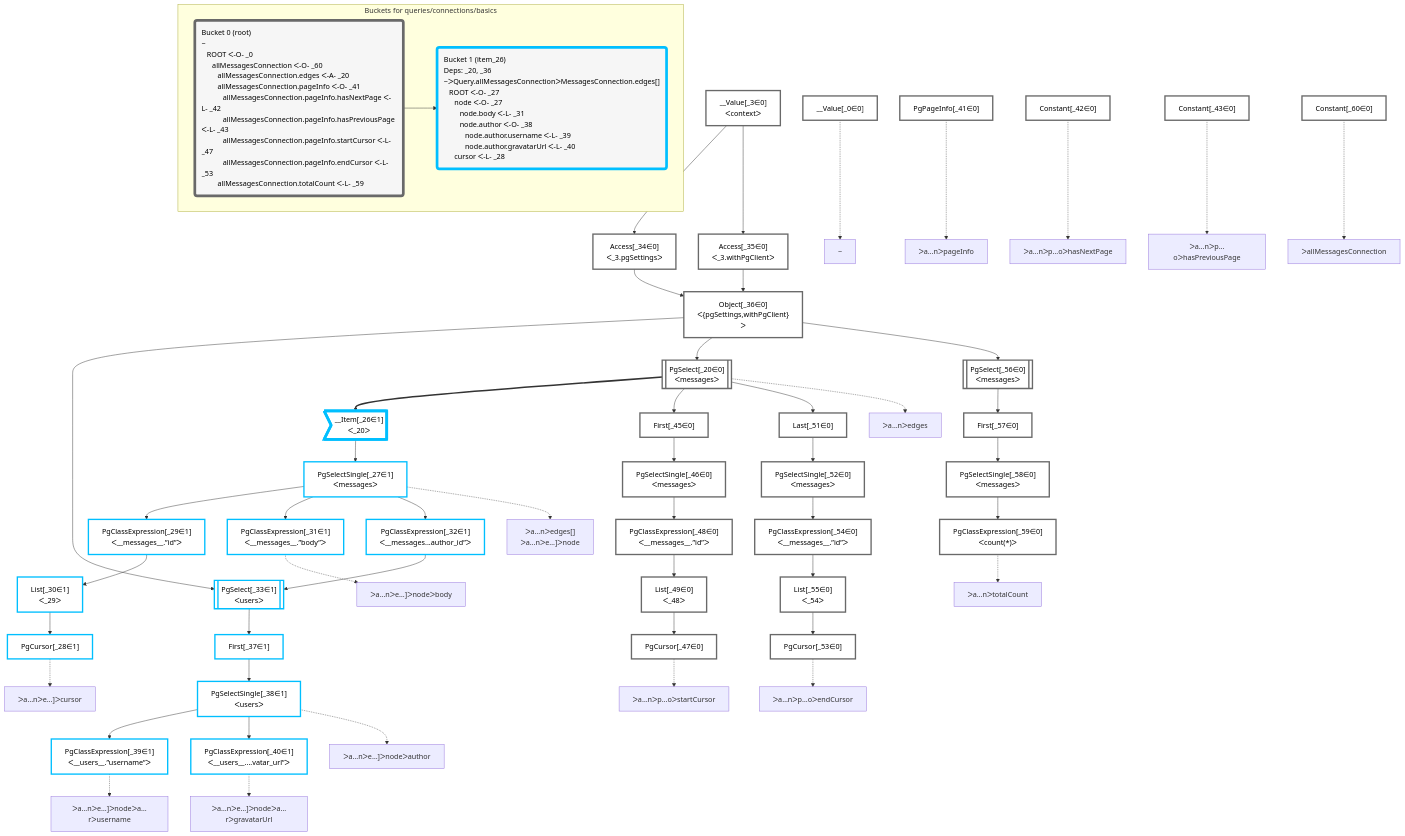
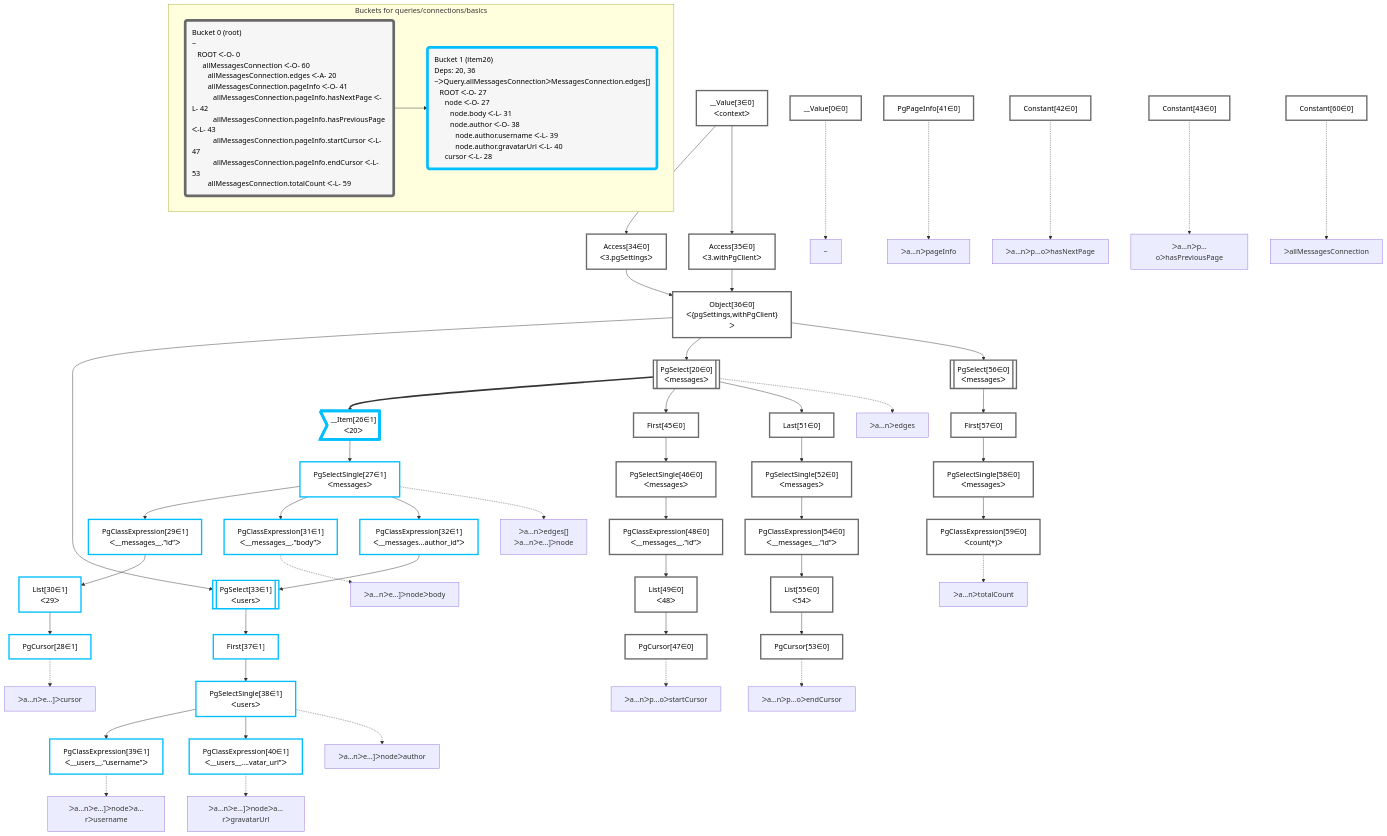
One commit to graphile/crystal changed the diagram in packages/dataplan-pg/__tests__/queries/connections/basics.deopt.mermaid.md. Above: the diagram before and after it, drawn with Mermaid. The commit also changed 195 other files, not shown here.

````diff
--- a/packages/dataplan-pg/__tests__/queries/connections/basics.deopt.mermaid.md
+++ b/packages/dataplan-pg/__tests__/queries/connections/basics.deopt.mermaid.md
@@ -8,114 +8,114 @@
 
 
     %% define plans
-    __Value_0["__Value[_0∈0]"]:::plan
-    PgCursor_28["PgCursor[_28∈1]"]:::plan
-    List_30["List[_30∈1]<br />ᐸ_29ᐳ"]:::plan
-    PgClassExpression_29["PgClassExpression[_29∈1]<br />ᐸ__messages__.”id”ᐳ"]:::plan
-    PgClassExpression_31["PgClassExpression[_31∈1]<br />ᐸ__messages__.”body”ᐳ"]:::plan
-    PgClassExpression_39["PgClassExpression[_39∈1]<br />ᐸ__users__.”username”ᐳ"]:::plan
-    PgClassExpression_40["PgClassExpression[_40∈1]<br />ᐸ__users__....vatar_url”ᐳ"]:::plan
-    PgSelectSingle_38["PgSelectSingle[_38∈1]<br />ᐸusersᐳ"]:::plan
-    First_37["First[_37∈1]"]:::plan
-    PgSelect_33[["PgSelect[_33∈1]<br />ᐸusersᐳ"]]:::plan
-    PgClassExpression_32["PgClassExpression[_32∈1]<br />ᐸ__messages...author_id”ᐳ"]:::plan
-    PgSelectSingle_27["PgSelectSingle[_27∈1]<br />ᐸmessagesᐳ"]:::plan
-    __Item_26>"__Item[_26∈1]<br />ᐸ_20ᐳ"]:::itemplan
-    PgCursor_47["PgCursor[_47∈0]"]:::plan
-    List_49["List[_49∈0]<br />ᐸ_48ᐳ"]:::plan
-    PgClassExpression_48["PgClassExpression[_48∈0]<br />ᐸ__messages__.”id”ᐳ"]:::plan
-    PgSelectSingle_46["PgSelectSingle[_46∈0]<br />ᐸmessagesᐳ"]:::plan
-    First_45["First[_45∈0]"]:::plan
-    PgCursor_53["PgCursor[_53∈0]"]:::plan
-    List_55["List[_55∈0]<br />ᐸ_54ᐳ"]:::plan
-    PgClassExpression_54["PgClassExpression[_54∈0]<br />ᐸ__messages__.”id”ᐳ"]:::plan
-    PgSelectSingle_52["PgSelectSingle[_52∈0]<br />ᐸmessagesᐳ"]:::plan
-    Last_51["Last[_51∈0]"]:::plan
-    PgSelect_20[["PgSelect[_20∈0]<br />ᐸmessagesᐳ"]]:::plan
-    PgClassExpression_59["PgClassExpression[_59∈0]<br />ᐸcount(*)ᐳ"]:::plan
-    PgSelectSingle_58["PgSelectSingle[_58∈0]<br />ᐸmessagesᐳ"]:::plan
-    First_57["First[_57∈0]"]:::plan
-    PgSelect_56[["PgSelect[_56∈0]<br />ᐸmessagesᐳ"]]:::plan
-    Object_36["Object[_36∈0]<br />ᐸ{pgSettings,withPgClient}ᐳ"]:::plan
-    Access_34["Access[_34∈0]<br />ᐸ_3.pgSettingsᐳ"]:::plan
-    Access_35["Access[_35∈0]<br />ᐸ_3.withPgClientᐳ"]:::plan
-    __Value_3["__Value[_3∈0]<br />ᐸcontextᐳ"]:::plan
-    Constant_60["Constant[_60∈0]"]:::plan
-    PgPageInfo_41["PgPageInfo[_41∈0]"]:::plan
-    Constant_42["Constant[_42∈0]"]:::plan
-    Constant_43["Constant[_43∈0]"]:::plan
+    __Value0["__Value[0∈0]"]:::plan
+    PgCursor28["PgCursor[28∈1]"]:::plan
+    List30["List[30∈1]<br />ᐸ29ᐳ"]:::plan
+    PgClassExpression29["PgClassExpression[29∈1]<br />ᐸ__messages__.”id”ᐳ"]:::plan
+    PgClassExpression31["PgClassExpression[31∈1]<br />ᐸ__messages__.”body”ᐳ"]:::plan
+    PgClassExpression39["PgClassExpression[39∈1]<br />ᐸ__users__.”username”ᐳ"]:::plan
+    PgClassExpression40["PgClassExpression[40∈1]<br />ᐸ__users__....vatar_url”ᐳ"]:::plan
+    PgSelectSingle38["PgSelectSingle[38∈1]<br />ᐸusersᐳ"]:::plan
+    First37["First[37∈1]"]:::plan
+    PgSelect33[["PgSelect[33∈1]<br />ᐸusersᐳ"]]:::plan
+    PgClassExpression32["PgClassExpression[32∈1]<br />ᐸ__messages...author_id”ᐳ"]:::plan
+    PgSelectSingle27["PgSelectSingle[27∈1]<br />ᐸmessagesᐳ"]:::plan
+    __Item26>"__Item[26∈1]<br />ᐸ20ᐳ"]:::itemplan
+    PgCursor47["PgCursor[47∈0]"]:::plan
+    List49["List[49∈0]<br />ᐸ48ᐳ"]:::plan
+    PgClassExpression48["PgClassExpression[48∈0]<br />ᐸ__messages__.”id”ᐳ"]:::plan
+    PgSelectSingle46["PgSelectSingle[46∈0]<br />ᐸmessagesᐳ"]:::plan
+    First45["First[45∈0]"]:::plan
+    PgCursor53["PgCursor[53∈0]"]:::plan
+    List55["List[55∈0]<br />ᐸ54ᐳ"]:::plan
+    PgClassExpression54["PgClassExpression[54∈0]<br />ᐸ__messages__.”id”ᐳ"]:::plan
+    PgSelectSingle52["PgSelectSingle[52∈0]<br />ᐸmessagesᐳ"]:::plan
+    Last51["Last[51∈0]"]:::plan
+    PgSelect20[["PgSelect[20∈0]<br />ᐸmessagesᐳ"]]:::plan
+    PgClassExpression59["PgClassExpression[59∈0]<br />ᐸcount(*)ᐳ"]:::plan
+    PgSelectSingle58["PgSelectSingle[58∈0]<br />ᐸmessagesᐳ"]:::plan
+    First57["First[57∈0]"]:::plan
+    PgSelect56[["PgSelect[56∈0]<br />ᐸmessagesᐳ"]]:::plan
+    Object36["Object[36∈0]<br />ᐸ{pgSettings,withPgClient}ᐳ"]:::plan
+    Access34["Access[34∈0]<br />ᐸ3.pgSettingsᐳ"]:::plan
+    Access35["Access[35∈0]<br />ᐸ3.withPgClientᐳ"]:::plan
+    __Value3["__Value[3∈0]<br />ᐸcontextᐳ"]:::plan
+    Constant60["Constant[60∈0]"]:::plan
+    PgPageInfo41["PgPageInfo[41∈0]"]:::plan
+    Constant42["Constant[42∈0]"]:::plan
+    Constant43["Constant[43∈0]"]:::plan
 
     %% plan dependencies
-    List_30 --> PgCursor_28
-    PgClassExpression_29 --> List_30
-    PgSelectSingle_27 --> PgClassExpression_29
-    PgSelectSingle_27 --> PgClassExpression_31
-    PgSelectSingle_38 --> PgClassExpression_39
-    PgSelectSingle_38 --> PgClassExpression_40
-    First_37 --> PgSelectSingle_38
-    PgSelect_33 --> First_37
-    Object_36 & PgClassExpression_32 --> PgSelect_33
-    PgSelectSingle_27 --> PgClassExpression_32
-    __Item_26 --> PgSelectSingle_27
-    PgSelect_20 ==> __Item_26
-    List_49 --> PgCursor_47
-    PgClassExpression_48 --> List_49
-    PgSelectSingle_46 --> PgClassExpression_48
-    First_45 --> PgSelectSingle_46
-    PgSelect_20 --> First_45
-    List_55 --> PgCursor_53
-    PgClassExpression_54 --> List_55
-    PgSelectSingle_52 --> PgClassExpression_54
-    Last_51 --> PgSelectSingle_52
-    PgSelect_20 --> Last_51
-    Object_36 --> PgSelect_20
-    PgSelectSingle_58 --> PgClassExpression_59
-    First_57 --> PgSelectSingle_58
-    PgSelect_56 --> First_57
-    Object_36 --> PgSelect_56
-    Access_34 & Access_35 --> Object_36
-    __Value_3 --> Access_34
-    __Value_3 --> Access_35
+    List30 --> PgCursor28
+    PgClassExpression29 --> List30
+    PgSelectSingle27 --> PgClassExpression29
+    PgSelectSingle27 --> PgClassExpression31
+    PgSelectSingle38 --> PgClassExpression39
+    PgSelectSingle38 --> PgClassExpression40
+    First37 --> PgSelectSingle38
+    PgSelect33 --> First37
+    Object36 & PgClassExpression32 --> PgSelect33
+    PgSelectSingle27 --> PgClassExpression32
+    __Item26 --> PgSelectSingle27
+    PgSelect20 ==> __Item26
+    List49 --> PgCursor47
+    PgClassExpression48 --> List49
+    PgSelectSingle46 --> PgClassExpression48
+    First45 --> PgSelectSingle46
+    PgSelect20 --> First45
+    List55 --> PgCursor53
+    PgClassExpression54 --> List55
+    PgSelectSingle52 --> PgClassExpression54
+    Last51 --> PgSelectSingle52
+    PgSelect20 --> Last51
+    Object36 --> PgSelect20
+    PgSelectSingle58 --> PgClassExpression59
+    First57 --> PgSelectSingle58
+    PgSelect56 --> First57
+    Object36 --> PgSelect56
+    Access34 & Access35 --> Object36
+    __Value3 --> Access34
+    __Value3 --> Access35
 
     %% plan-to-path relationships
-    P_0["~"]
-    __Value_0 -.-> P_0
-    P_20["ᐳa…nᐳedges"]
-    PgSelect_20 -.-> P_20
-    P_27["ᐳa…nᐳedges[]<br />ᐳa…nᐳe…]ᐳnode"]
-    PgSelectSingle_27 -.-> P_27
-    P_28["ᐳa…nᐳe…]ᐳcursor"]
-    PgCursor_28 -.-> P_28
-    P_31["ᐳa…nᐳe…]ᐳnodeᐳbody"]
-    PgClassExpression_31 -.-> P_31
-    P_38["ᐳa…nᐳe…]ᐳnodeᐳauthor"]
-    PgSelectSingle_38 -.-> P_38
-    P_39["ᐳa…nᐳe…]ᐳnodeᐳa…rᐳusername"]
-    PgClassExpression_39 -.-> P_39
-    P_40["ᐳa…nᐳe…]ᐳnodeᐳa…rᐳgravatarUrl"]
-    PgClassExpression_40 -.-> P_40
-    P_41["ᐳa…nᐳpageInfo"]
-    PgPageInfo_41 -.-> P_41
-    P_42["ᐳa…nᐳp…oᐳhasNextPage"]
-    Constant_42 -.-> P_42
-    P_43["ᐳa…nᐳp…oᐳhasPreviousPage"]
-    Constant_43 -.-> P_43
-    P_47["ᐳa…nᐳp…oᐳstartCursor"]
-    PgCursor_47 -.-> P_47
-    P_53["ᐳa…nᐳp…oᐳendCursor"]
-    PgCursor_53 -.-> P_53
-    P_59["ᐳa…nᐳtotalCount"]
-    PgClassExpression_59 -.-> P_59
-    P_60["ᐳallMessagesConnection"]
-    Constant_60 -.-> P_60
+    P0["~"]
+    __Value0 -.-> P0
+    P20["ᐳa…nᐳedges"]
+    PgSelect20 -.-> P20
+    P27["ᐳa…nᐳedges[]<br />ᐳa…nᐳe…]ᐳnode"]
+    PgSelectSingle27 -.-> P27
+    P28["ᐳa…nᐳe…]ᐳcursor"]
+    PgCursor28 -.-> P28
+    P31["ᐳa…nᐳe…]ᐳnodeᐳbody"]
+    PgClassExpression31 -.-> P31
+    P38["ᐳa…nᐳe…]ᐳnodeᐳauthor"]
+    PgSelectSingle38 -.-> P38
+    P39["ᐳa…nᐳe…]ᐳnodeᐳa…rᐳusername"]
+    PgClassExpression39 -.-> P39
+    P40["ᐳa…nᐳe…]ᐳnodeᐳa…rᐳgravatarUrl"]
+    PgClassExpression40 -.-> P40
+    P41["ᐳa…nᐳpageInfo"]
+    PgPageInfo41 -.-> P41
+    P42["ᐳa…nᐳp…oᐳhasNextPage"]
+    Constant42 -.-> P42
+    P43["ᐳa…nᐳp…oᐳhasPreviousPage"]
+    Constant43 -.-> P43
+    P47["ᐳa…nᐳp…oᐳstartCursor"]
+    PgCursor47 -.-> P47
+    P53["ᐳa…nᐳp…oᐳendCursor"]
+    PgCursor53 -.-> P53
+    P59["ᐳa…nᐳtotalCount"]
+    PgClassExpression59 -.-> P59
+    P60["ᐳallMessagesConnection"]
+    Constant60 -.-> P60
 
     subgraph "Buckets for queries/connections/basics"
-    Bucket0("Bucket 0 (root)<br />~<br />⠀ROOT ᐸ-O- _0<br />⠀⠀allMessagesConnection ᐸ-O- _60<br />⠀⠀⠀allMessagesConnection.edges ᐸ-A- _20<br />⠀⠀⠀allMessagesConnection.pageInfo ᐸ-O- _41<br />⠀⠀⠀⠀allMessagesConnection.pageInfo.hasNextPage ᐸ-L- _42<br />⠀⠀⠀⠀allMessagesConnection.pageInfo.hasPreviousPage ᐸ-L- _43<br />⠀⠀⠀⠀allMessagesConnection.pageInfo.startCursor ᐸ-L- _47<br />⠀⠀⠀⠀allMessagesConnection.pageInfo.endCursor ᐸ-L- _53<br />⠀⠀⠀allMessagesConnection.totalCount ᐸ-L- _59"):::bucket
+    Bucket0("Bucket 0 (root)<br />~<br />⠀ROOT ᐸ-O- 0<br />⠀⠀allMessagesConnection ᐸ-O- 60<br />⠀⠀⠀allMessagesConnection.edges ᐸ-A- 20<br />⠀⠀⠀allMessagesConnection.pageInfo ᐸ-O- 41<br />⠀⠀⠀⠀allMessagesConnection.pageInfo.hasNextPage ᐸ-L- 42<br />⠀⠀⠀⠀allMessagesConnection.pageInfo.hasPreviousPage ᐸ-L- 43<br />⠀⠀⠀⠀allMessagesConnection.pageInfo.startCursor ᐸ-L- 47<br />⠀⠀⠀⠀allMessagesConnection.pageInfo.endCursor ᐸ-L- 53<br />⠀⠀⠀allMessagesConnection.totalCount ᐸ-L- 59"):::bucket
     classDef bucket0 stroke:#696969
-    class Bucket0,__Value_0,__Value_3,PgSelect_20,Access_34,Access_35,Object_36,PgPageInfo_41,Constant_42,Constant_43,First_45,PgSelectSingle_46,PgCursor_47,PgClassExpression_48,List_49,Last_51,PgSelectSingle_52,PgCursor_53,PgClassExpression_54,List_55,PgSelect_56,First_57,PgSelectSingle_58,PgClassExpression_59,Constant_60 bucket0
-    Bucket1("Bucket 1 (item_26)<br />Deps: _20, _36<br />~ᐳQuery.allMessagesConnectionᐳMessagesConnection.edges[]<br />⠀ROOT ᐸ-O- _27<br />⠀⠀node ᐸ-O- _27<br />⠀⠀⠀node.body ᐸ-L- _31<br />⠀⠀⠀node.author ᐸ-O- _38<br />⠀⠀⠀⠀node.author.username ᐸ-L- _39<br />⠀⠀⠀⠀node.author.gravatarUrl ᐸ-L- _40<br />⠀⠀cursor ᐸ-L- _28"):::bucket
+    class Bucket0,__Value0,__Value3,PgSelect20,Access34,Access35,Object36,PgPageInfo41,Constant42,Constant43,First45,PgSelectSingle46,PgCursor47,PgClassExpression48,List49,Last51,PgSelectSingle52,PgCursor53,PgClassExpression54,List55,PgSelect56,First57,PgSelectSingle58,PgClassExpression59,Constant60 bucket0
+    Bucket1("Bucket 1 (item26)<br />Deps: 20, 36<br />~ᐳQuery.allMessagesConnectionᐳMessagesConnection.edges[]<br />⠀ROOT ᐸ-O- 27<br />⠀⠀node ᐸ-O- 27<br />⠀⠀⠀node.body ᐸ-L- 31<br />⠀⠀⠀node.author ᐸ-O- 38<br />⠀⠀⠀⠀node.author.username ᐸ-L- 39<br />⠀⠀⠀⠀node.author.gravatarUrl ᐸ-L- 40<br />⠀⠀cursor ᐸ-L- 28"):::bucket
     classDef bucket1 stroke:#00bfff
-    class Bucket1,__Item_26,PgSelectSingle_27,PgCursor_28,PgClassExpression_29,List_30,PgClassExpression_31,PgClassExpression_32,PgSelect_33,First_37,PgSelectSingle_38,PgClassExpression_39,PgClassExpression_40 bucket1
+    class Bucket1,__Item26,PgSelectSingle27,PgCursor28,PgClassExpression29,List30,PgClassExpression31,PgClassExpression32,PgSelect33,First37,PgSelectSingle38,PgClassExpression39,PgClassExpression40 bucket1
     Bucket0 --> Bucket1
     end
 ```
````
